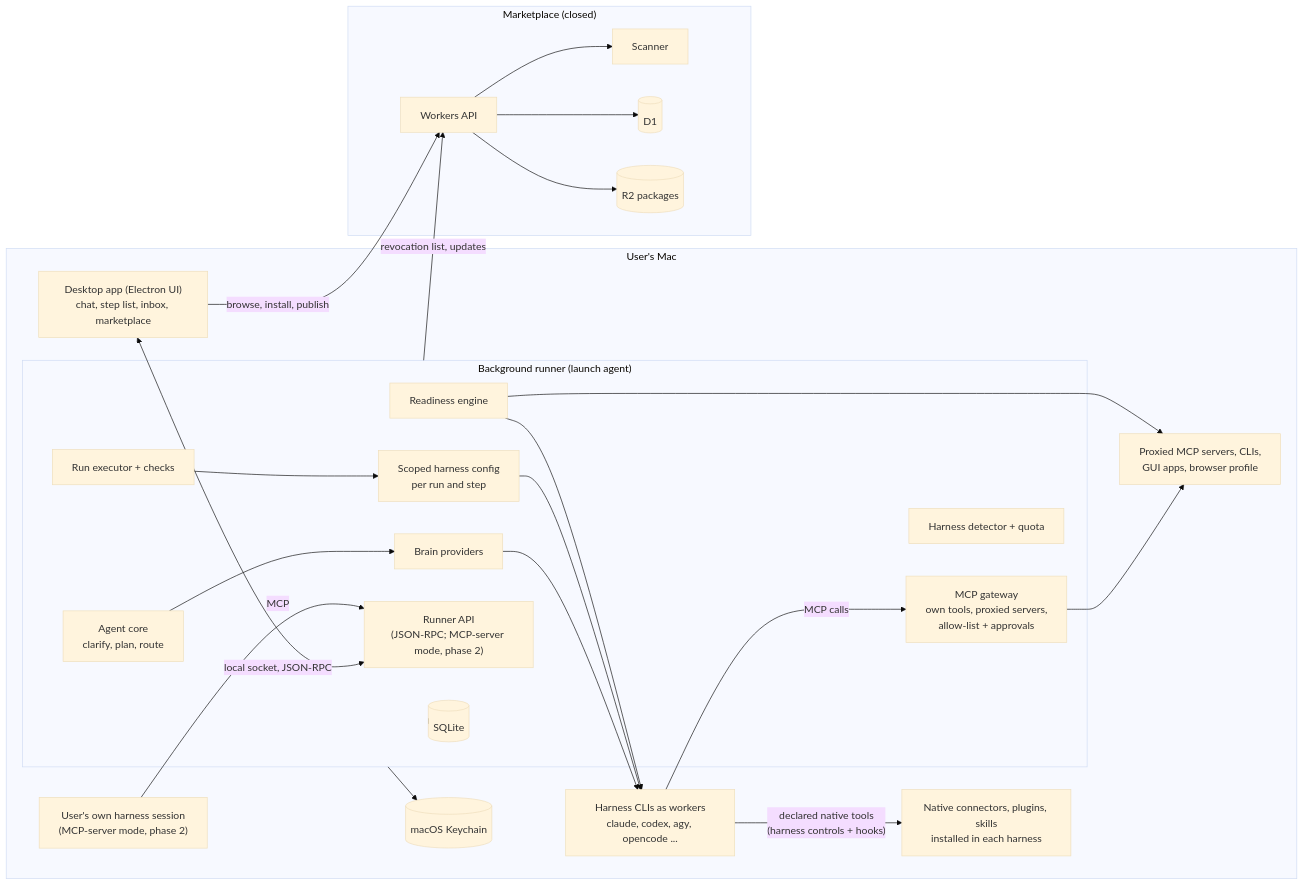
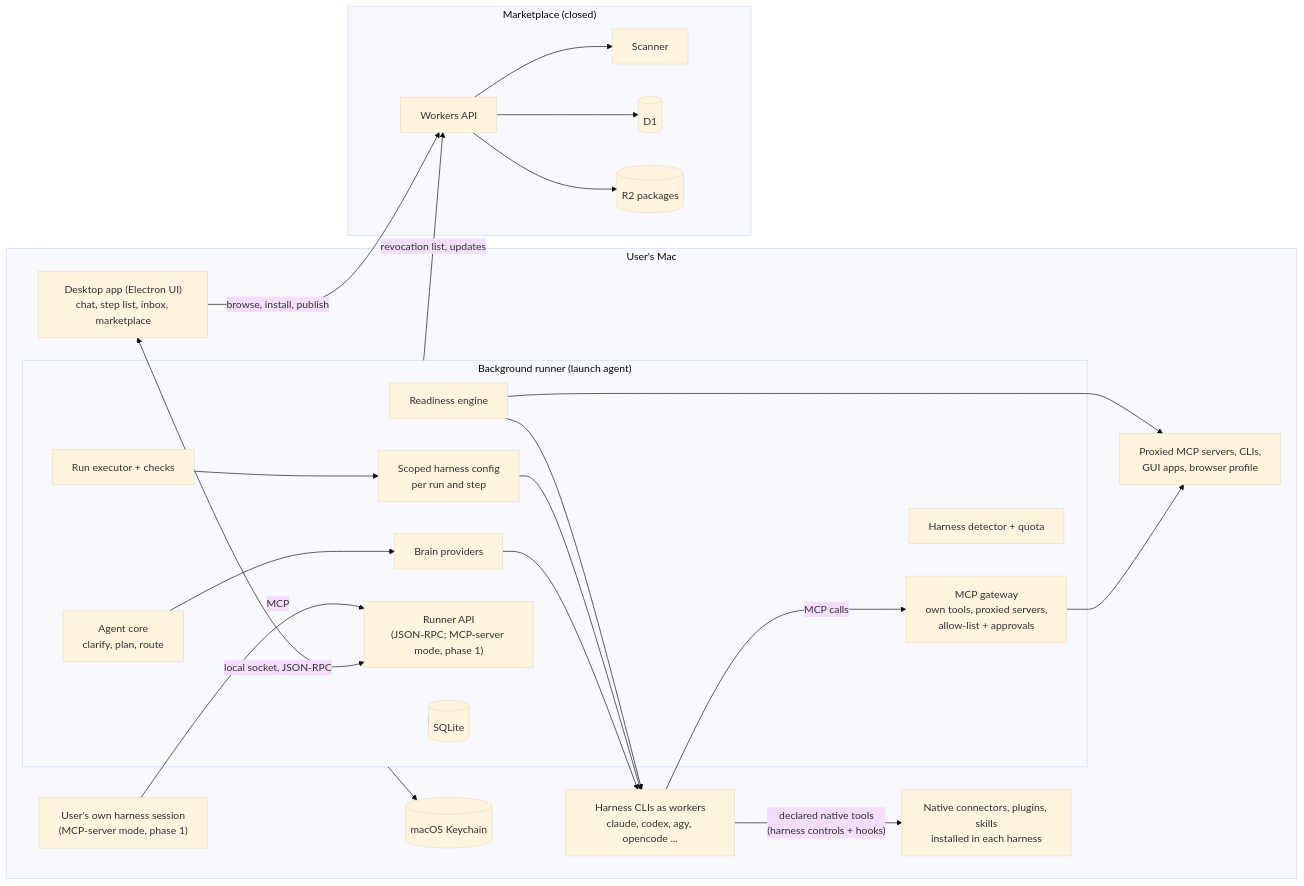
Before and after one commit to zakkyna/flowdriven: the first of 6 diagrams in docs/superpowers/specs/2026-11-10-flow-maker-design.md, drawn with Mermaid (base theme). The commit also changed other lines of this file and 1 other file, not shown here.

````diff
--- a/docs/superpowers/specs/2026-11-10-flow-maker-design.md
+++ b/docs/superpowers/specs/2026-11-10-flow-maker-design.md
@@ -273,46 +285,46 @@
 ```mermaid
 flowchart LR
   subgraph Mac["User's Mac"]
     UI["Desktop app (Electron UI)<br/>chat, step list, inbox, marketplace"]
     subgraph Runner["Background runner (launch agent)"]
       AG["Agent core<br/>clarify, plan, route"]
       BR["Brain providers"]
       RD["Readiness engine"]
       EX["Run executor + checks"]
       GW["MCP gateway<br/>own tools, proxied servers,<br/>allow-list + approvals"]
       SCF["Scoped harness config<br/>per run and step"]
       HD["Harness detector + quota"]
-      API2["Runner API<br/>(JSON-RPC; MCP-server mode, phase 2)"]
+      API2["Runner API<br/>(JSON-RPC; MCP-server mode, phase 1)"]
       DB[("SQLite")]
     end
     KC[("macOS Keychain")]
     H1["Harness CLIs as workers<br/>claude, codex, agy, opencode ..."]
     NAT["Native connectors, plugins, skills<br/>installed in each harness"]
     MCP["Proxied MCP servers, CLIs,<br/>GUI apps, browser profile"]
-    US["User's own harness session<br/>(MCP-server mode, phase 2)"]
+    US["User's own harness session<br/>(MCP-server mode, phase 1)"]
   end
   subgraph Cloud["Marketplace (closed)"]
     API["Workers API"]
     SC["Scanner"]
     D1[("D1")]
     R2[("R2 packages")]
   end
   UI <-->|"local socket, JSON-RPC"| API2
   US -->|"MCP"| API2
   AG --> BR
   BR --> H1
   EX --> SCF
   SCF --> H1
   H1 -->|"declared native tools<br/>(harness controls + hooks)"| NAT
   H1 -->|"MCP calls"| GW
   GW --> MCP
   RD --> MCP
   RD --> H1
   Runner --> KC
   Runner --> DB
   UI -->|"browse, install, publish"| API
   Runner -->|"revocation list, updates"| API
   API --> SC
   API --> D1
   API --> R2
 ```
````
